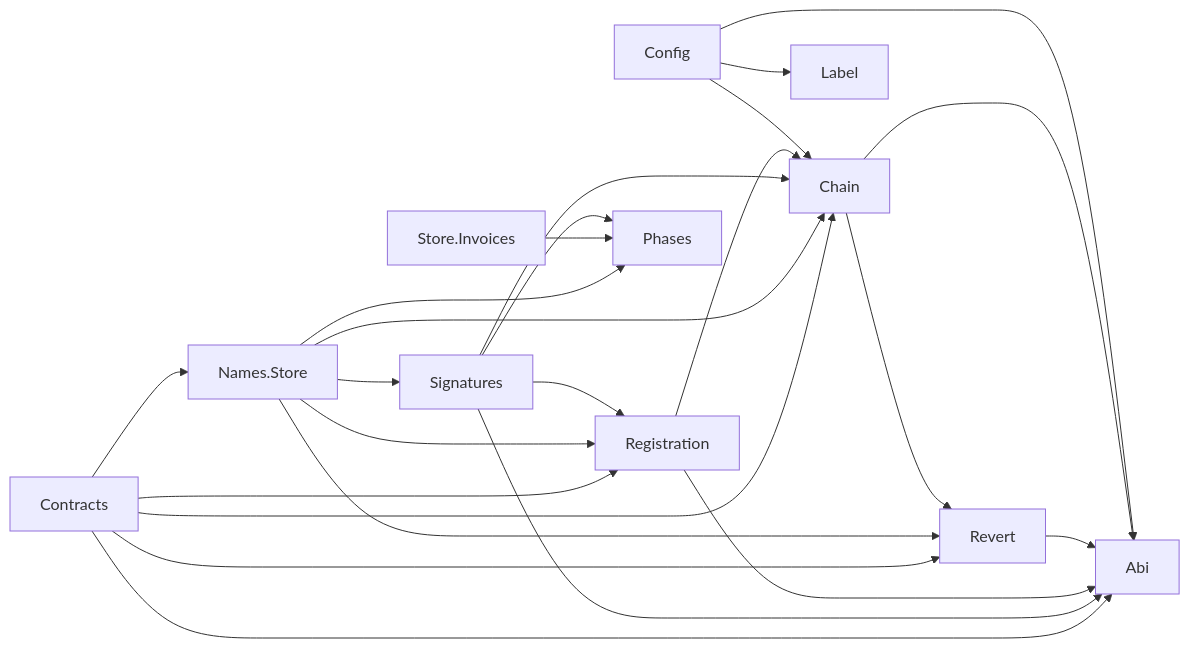
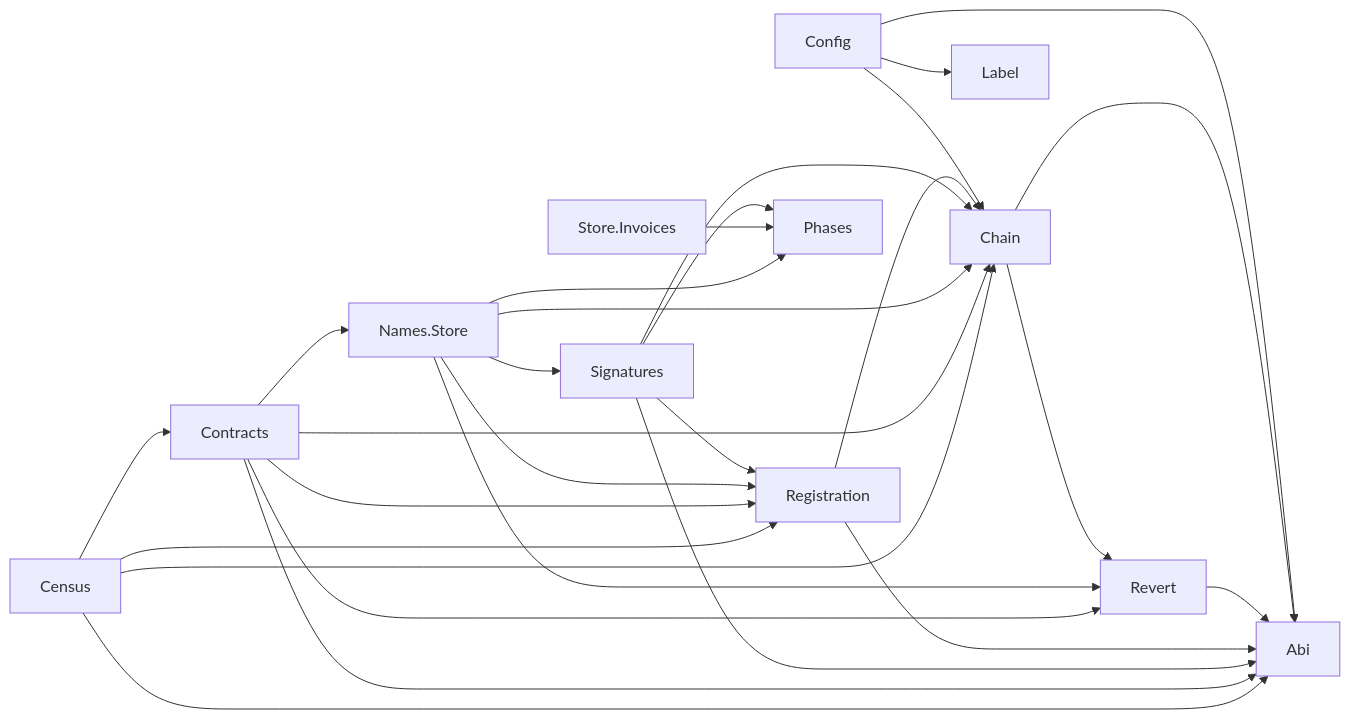
One commit to simplex-chat/simplex-chat changed the fourth of 4 diagrams in plans/2026-11-16-names-review-fixes-a2.md. Above: the diagram before and after it, drawn with Mermaid. The commit also changed other lines of this file and 5 other files, not shown here.

````diff
--- a/plans/2026-11-16-names-review-fixes-a2.md
+++ b/plans/2026-11-16-names-review-fixes-a2.md
@@ -164,26 +164,30 @@
 ```mermaid
 graph LR
   Config --> Abi
   Config --> Chain
   Config --> Label
   Chain --> Abi
   Chain --> Revert
   Revert --> Abi
   Registration --> Abi
   Registration --> Chain
   Signatures --> Abi
   Signatures --> Chain
   Signatures --> Phases
   Signatures --> Registration
   Invoices[Store.Invoices] --> Phases
   Store[Names.Store] --> Chain
   Store --> Phases
   Store --> Registration
   Store --> Revert
   Store --> Signatures
   Contracts --> Abi
   Contracts --> Chain
   Contracts --> Registration
   Contracts --> Revert
   Contracts --> Store
+  Census --> Abi
+  Census --> Chain
+  Census --> Contracts
+  Census --> Registration
 ```
````
